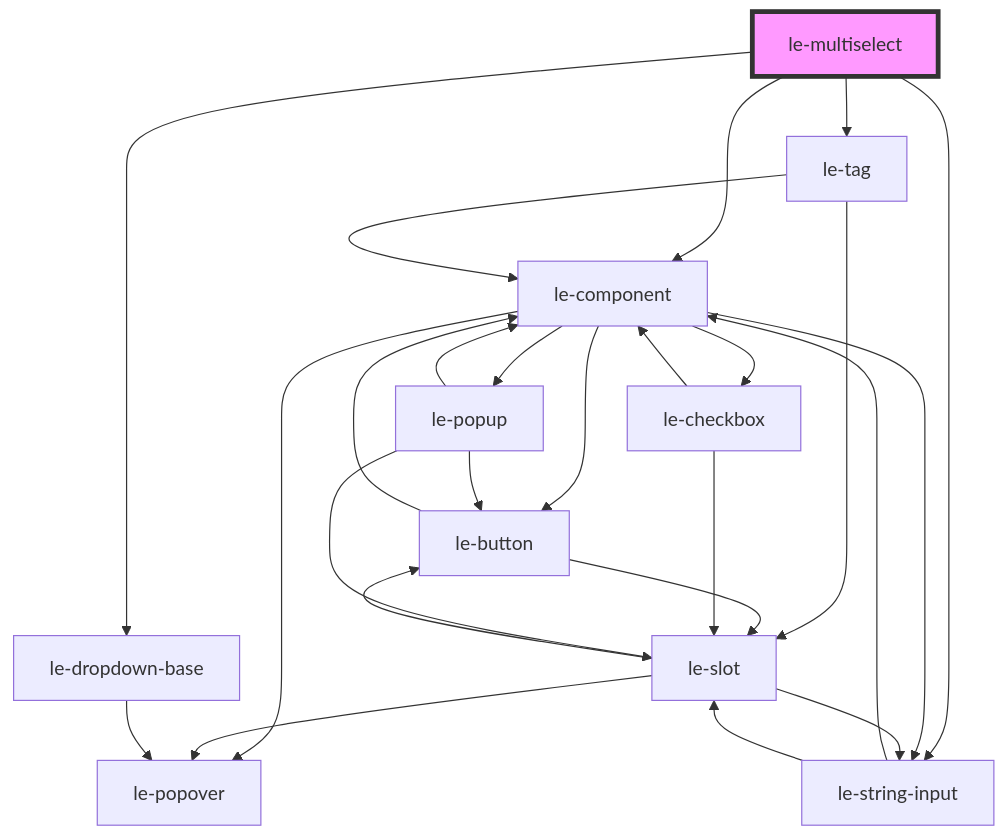
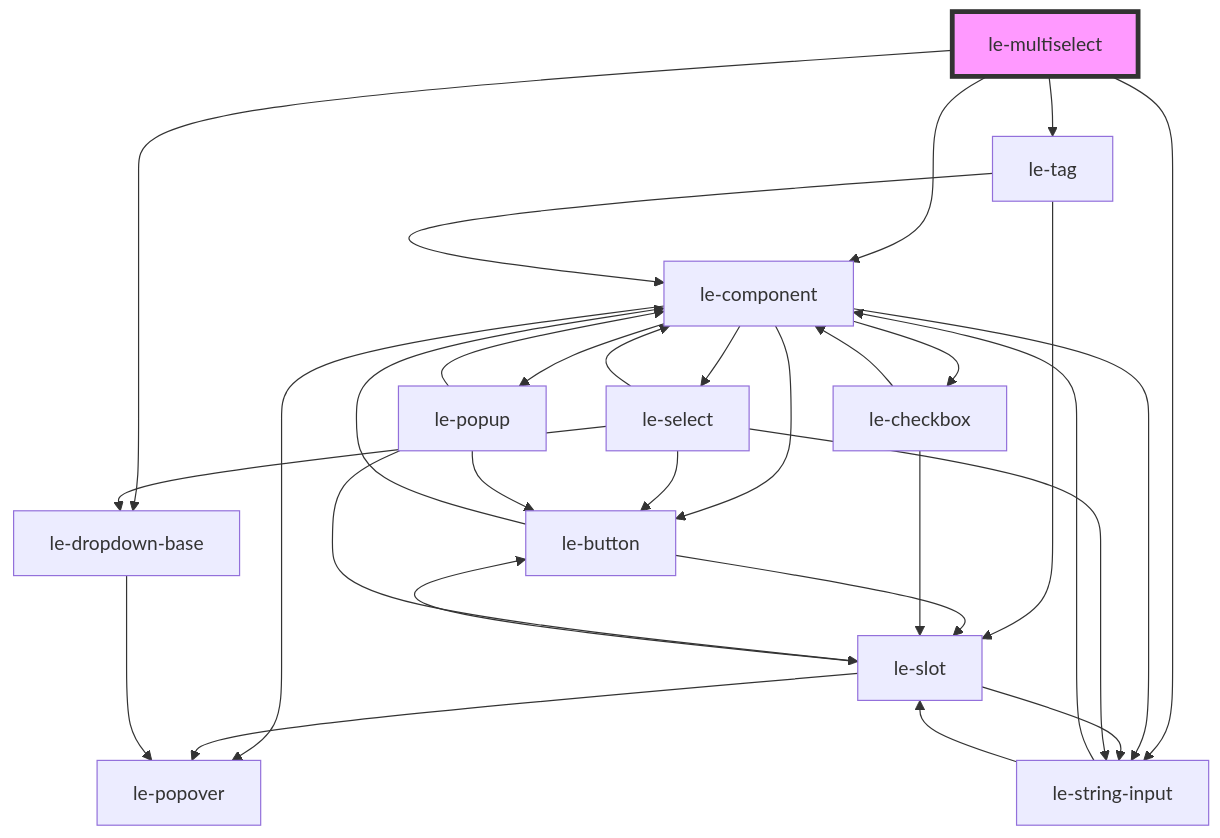
Before and after one commit to leechy/le-kit: the diagram in src/components/le-multiselect/readme.md, drawn with Mermaid. The commit also changed 25 other files, not shown here.

Commit message:
Fix for the <le-popover> to have nested popovers (like <le-select>

````diff
--- a/src/components/le-multiselect/readme.md
+++ b/src/components/le-multiselect/readme.md
@@ -85,28 +85,33 @@
 ```mermaid
 graph TD;
   le-multiselect --> le-tag
   le-multiselect --> le-component
   le-multiselect --> le-dropdown-base
   le-multiselect --> le-string-input
   le-tag --> le-component
   le-tag --> le-slot
   le-component --> le-button
+  le-component --> le-select
   le-component --> le-checkbox
   le-component --> le-string-input
   le-component --> le-popover
   le-component --> le-popup
   le-button --> le-component
   le-button --> le-slot
   le-slot --> le-popover
   le-slot --> le-button
   le-slot --> le-string-input
   le-string-input --> le-component
   le-string-input --> le-slot
+  le-select --> le-component
+  le-select --> le-dropdown-base
+  le-select --> le-button
+  le-select --> le-string-input
+  le-dropdown-base --> le-popover
   le-checkbox --> le-component
   le-checkbox --> le-slot
   le-popup --> le-slot
   le-popup --> le-button
   le-popup --> le-component
-  le-dropdown-base --> le-popover
   style le-multiselect fill:#f9f,stroke:#333,stroke-width:4px
 ```
````
